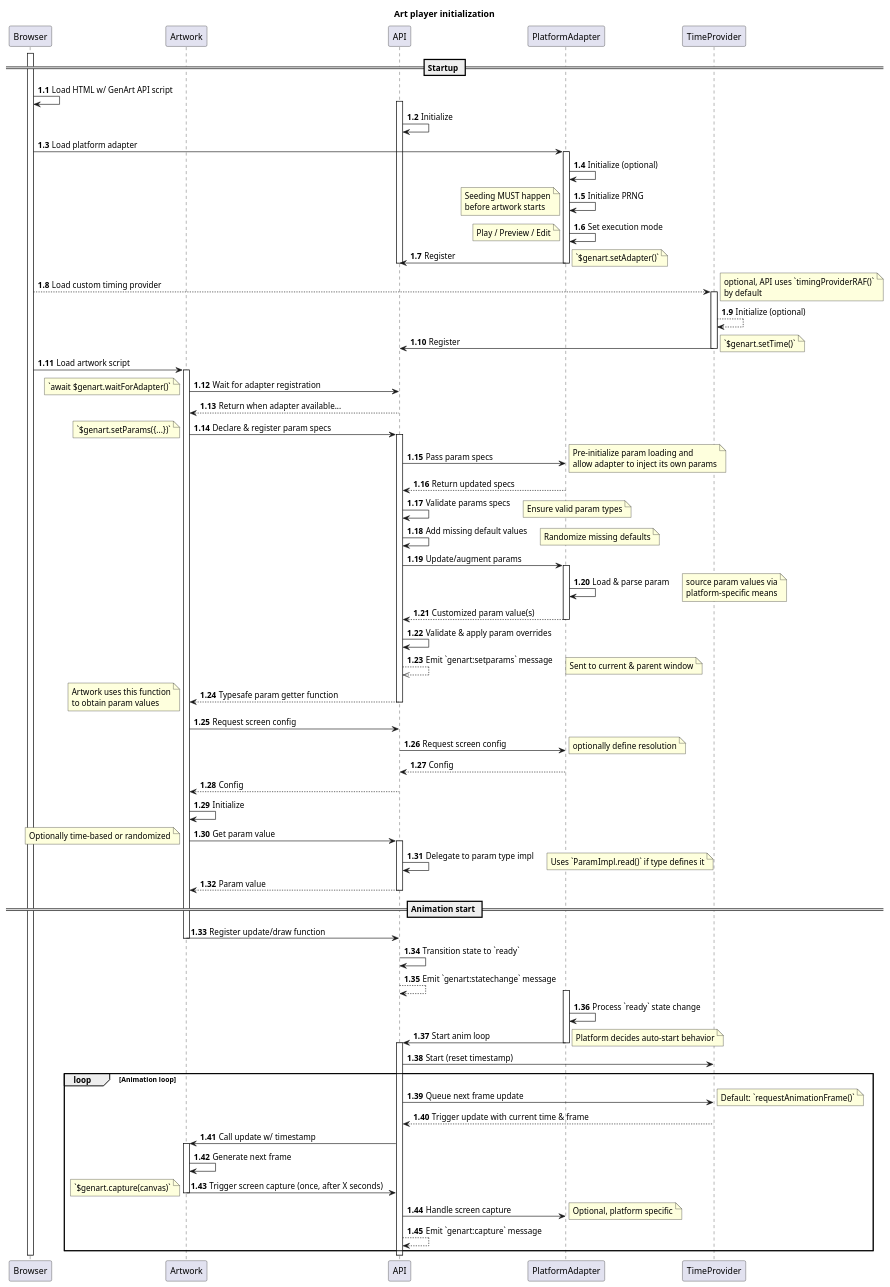
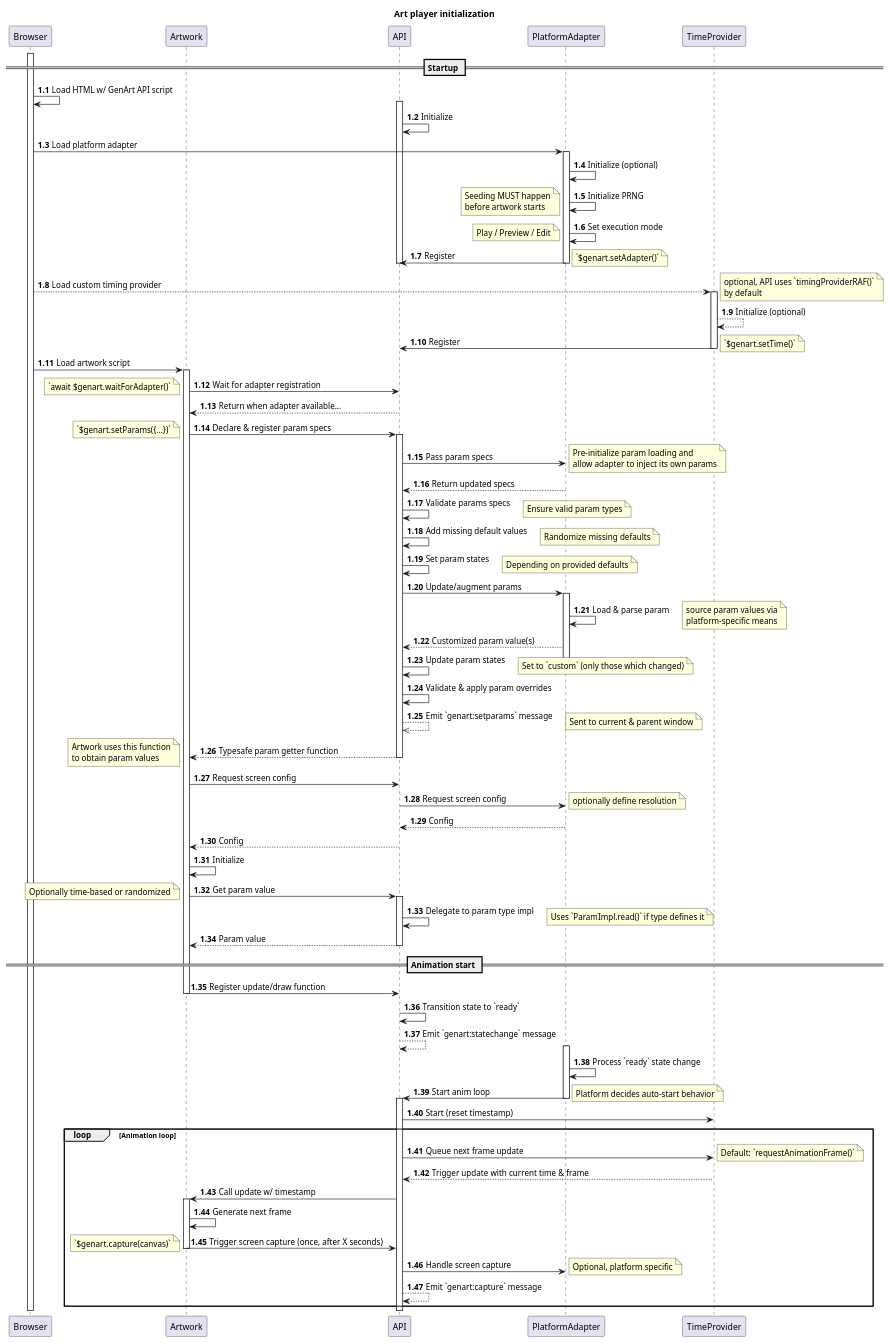
One commit to thi-ng/genart-api changed the diagram in diagrams/lifecycle.puml. Above: the diagram before and after it, drawn with PlantUML. The commit also changed 2 other files, not shown here.

Commit message:
docs: update readme (diagram, project tpl, composite params)

```diff
--- a/diagrams/lifecycle.puml
+++ b/diagrams/lifecycle.puml
@@ -1,116 +1,120 @@
 @startuml
 title Art player initialization
 autonumber 1.1
 skinparam pageMargin 10
 
 participant Browser
 participant Artwork
 participant API
 participant PlatformAdapter
 participant TimeProvider
 
 activate Browser
 	== Startup ==
 
 	Browser -> Browser : Load HTML w/ GenArt API script
 	
 	activate API
 		API -> API : Initialize
 		Browser -> PlatformAdapter : Load platform adapter
 		activate PlatformAdapter
 		PlatformAdapter -> PlatformAdapter : Initialize (optional)
 		PlatformAdapter -> PlatformAdapter : Initialize PRNG
 		note left : Seeding MUST happen\nbefore artwork starts
 		PlatformAdapter -> PlatformAdapter : Set execution mode
 		note left : Play / Preview / Edit
 		
 		PlatformAdapter -> API : Register
 		note right : `$genart.setAdapter()`
 		deactivate PlatformAdapter
 	deactivate API
 
 	Browser --> TimeProvider : Load custom timing provider
 	note right : optional, API uses `timingProviderRAF()`\nby default
 	activate TimeProvider
 	TimeProvider --> TimeProvider : Initialize (optional)
 	TimeProvider -> API : Register
 	note right : `$genart.setTime()`
 	deactivate TimeProvider
 
 	Browser -> Artwork : Load artwork script
 	activate Artwork
 		Artwork -> API : Wait for adapter registration
 		note left : `await $genart.waitForAdapter()`
 		API --> Artwork : Return when adapter available...
 		Artwork -> API : Declare & register param specs
 		activate API
 			note left
 				`$genart.setParams({...})`
 			end note
 			API -> PlatformAdapter : Pass param specs
 			note right : Pre-initialize param loading and\nallow adapter to inject its own params
 			PlatformAdapter --> API : Return updated specs
 			API -> API : Validate params specs
 			note right : Ensure valid param types
 			API -> API : Add missing default values
-			note right: Randomize missing defaults
+			note right : Randomize missing defaults
+			API -> API : Set param states
+			note right : Depending on provided defaults
 			API -> PlatformAdapter : Update/augment params
 			activate PlatformAdapter
 				PlatformAdapter -> PlatformAdapter : Load & parse param
 				note right : source param values via\nplatform-specific means
 				PlatformAdapter --> API : Customized param value(s)
+				API -> API : Update param states
+				note right : Set to `custom` (only those which changed)
 			deactivate PlatformAdapter
 
 			API -> API : Validate & apply param overrides
 			API -->> API : Emit `genart:setparams` message
 			note right : Sent to current & parent window
 			API --> Artwork : Typesafe param getter function
 			note left : Artwork uses this function\nto obtain param values
 		deactivate API
 
 		Artwork -> API : Request screen config
 		API -> PlatformAdapter : Request screen config
 		note right : optionally define resolution
 		PlatformAdapter --> API : Config
 		API --> Artwork : Config
 		Artwork -> Artwork : Initialize
 		Artwork -> API : Get param value
 		note left : Optionally time-based or randomized
 		activate API
 			API -> API : Delegate to param type impl
 			note right : Uses `ParamImpl.read()` if type defines it
 			API --> Artwork : Param value
 		deactivate API
 
 	== Animation start ==
 	Artwork ->	API : Register update/draw function
 	deactivate Artwork
 	API -> API : Transition state to `ready`
 	API --> API : Emit `genart:statechange` message
 	activate PlatformAdapter
 		PlatformAdapter -> PlatformAdapter : Process `ready` state change
 		PlatformAdapter -> API : Start anim loop
 		note right : Platform decides auto-start behavior
 	deactivate PlatformAdapter
 
 	activate API
 		API -> TimeProvider : Start (reset timestamp)
 		loop Animation loop
 			API -> TimeProvider : Queue next frame update
 			note right : Default: `requestAnimationFrame()`
 			TimeProvider --> API : Trigger update with current time & frame
 			API -> Artwork : Call update w/ timestamp
 			activate Artwork
 			Artwork -> Artwork : Generate next frame
 			Artwork -> API : Trigger screen capture (once, after X seconds)
 			note left: `$genart.capture(canvas)`
 			deactivate Artwork
 			API -> PlatformAdapter : Handle screen capture
 			note right : Optional, platform specific
 			API --> API : Emit `genart:capture` message
 		end
 	deactivate API
 
 deactivate Browser
 
 @enduml
```
